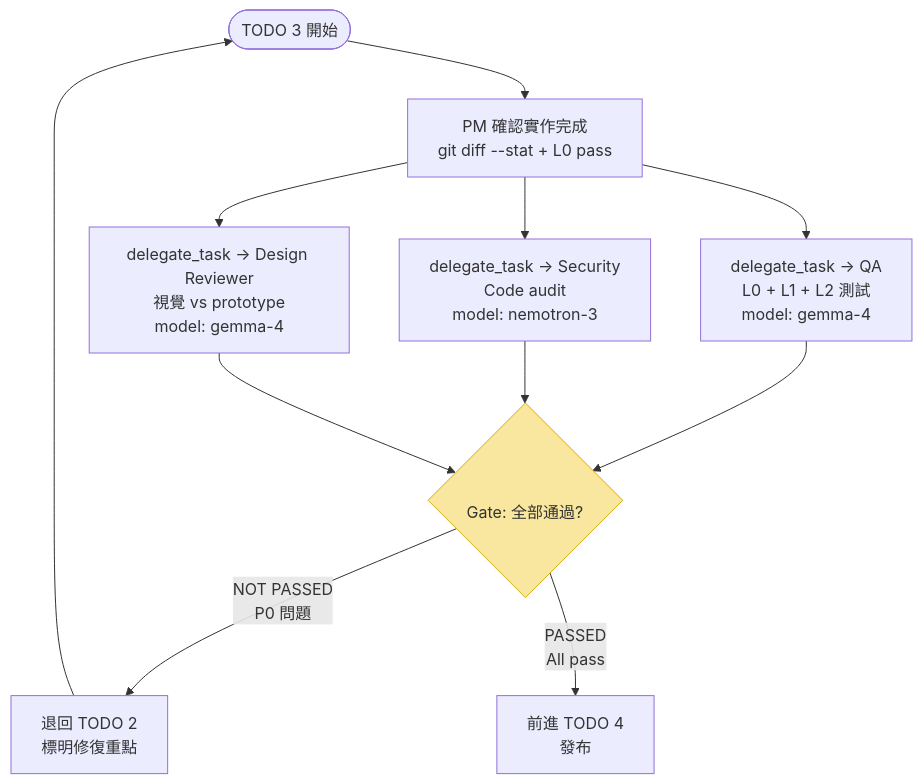
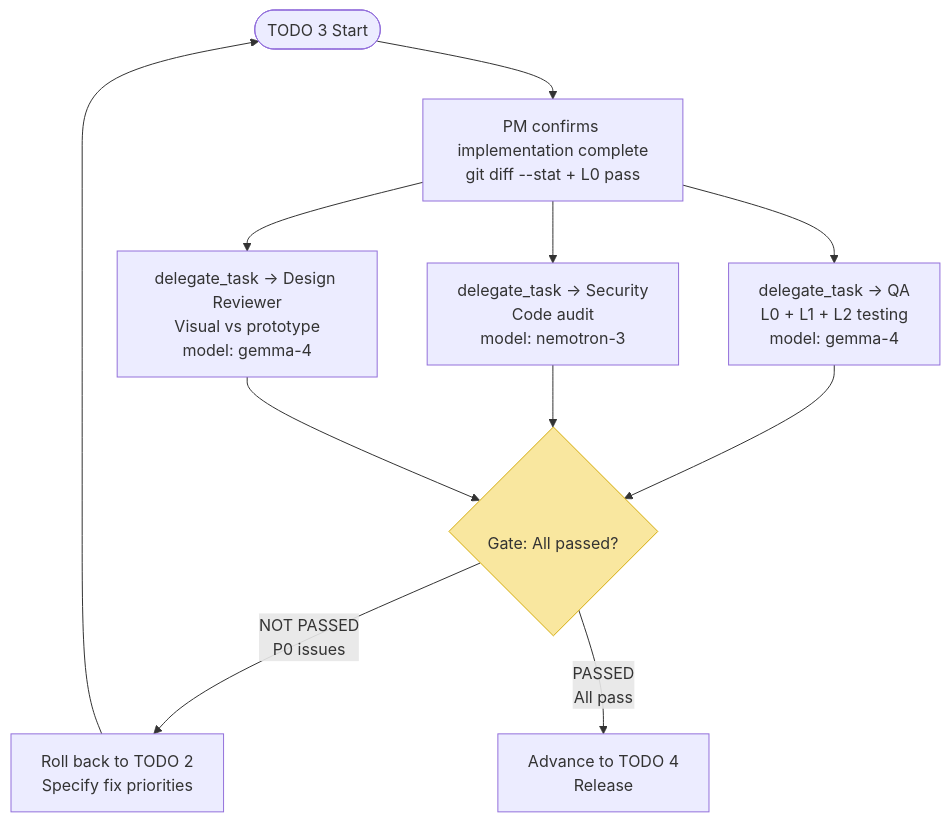
One commit to dyphn1/stock-explorer changed the fourth of 7 diagrams in docs/diagrams/flow.md. Above: the diagram before and after it, drawn with Mermaid. The commit also changed other lines of this file and 40 other files, not shown here.

````diff
--- a/docs/diagrams/flow.md
+++ b/docs/diagrams/flow.md
@@ -115,19 +115,19 @@
 ```mermaid
 flowchart TD
-    START([TODO 3 開始]) --> READ[PM 確認實作完成<br/>git diff --stat + L0 pass]
+    START([TODO 3 Start]) --> READ[PM confirms implementation complete<br/>git diff --stat + L0 pass]
 
-    READ --> DELEGATE_QA[delegate_task → QA<br/>L0 + L1 + L2 測試<br/>model: gemma-4]
+    READ --> DELEGATE_QA[delegate_task → QA<br/>L0 + L1 + L2 testing<br/>model: gemma-4]
     READ --> DELEGATE_SEC[delegate_task → Security<br/>Code audit<br/>model: nemotron-3]
-    READ --> DELEGATE_REVIEW[delegate_task → Design Reviewer<br/>視覺 vs prototype<br/>model: gemma-4]
+    READ --> DELEGATE_REVIEW[delegate_task → Design Reviewer<br/>Visual vs prototype<br/>model: gemma-4]
 
-    DELEGATE_QA --> GATE{<br/>Gate: 全部通過?}
+    DELEGATE_QA --> GATE{<br/>Gate: All passed?}
     DELEGATE_SEC --> GATE
     DELEGATE_REVIEW --> GATE
 
-    GATE -->|NOT PASSED<br/>P0 問題| BACK[退回 TODO 2<br/>標明修復重點]
+    GATE -->|NOT PASSED<br/>P0 issues| BACK[Roll back to TODO 2<br/>Specify fix priorities]
     BACK --> START
 
-    GATE -->|PASSED<br/>All pass| TODO4[前進 TODO 4<br/>發布]
+    GATE -->|PASSED<br/>All pass| TODO4[Advance to TODO 4<br/>Release]
 
     style GATE fill:#f9e79f,stroke:#d4ac0d
 ```
````
